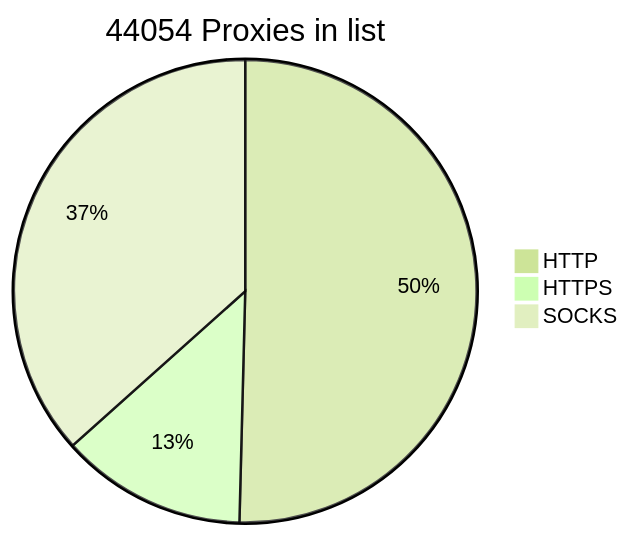
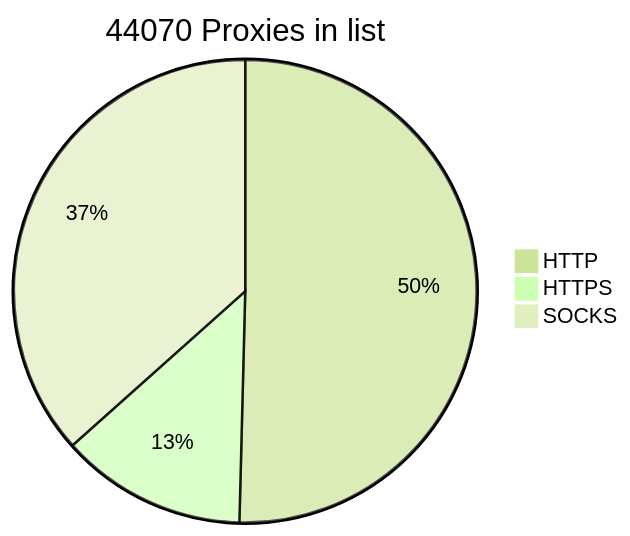
One commit to BlackSnowDot/proxylist-update-every-minute changed the diagram in README.md. Above: the diagram before and after it, drawn with Mermaid (forest theme).

````diff
--- a/README.md
+++ b/README.md
@@ -2,6 +2,6 @@
 ```mermaid
-pie title 44054 Proxies in list
-    "HTTP" : 24734
-    "HTTPS": 6375
-    "SOCKS" : 17966
+pie title 44070 Proxies in list
+    "HTTP" : 24747
+    "HTTPS": 6385
+    "SOCKS" : 17968
 ```
````
